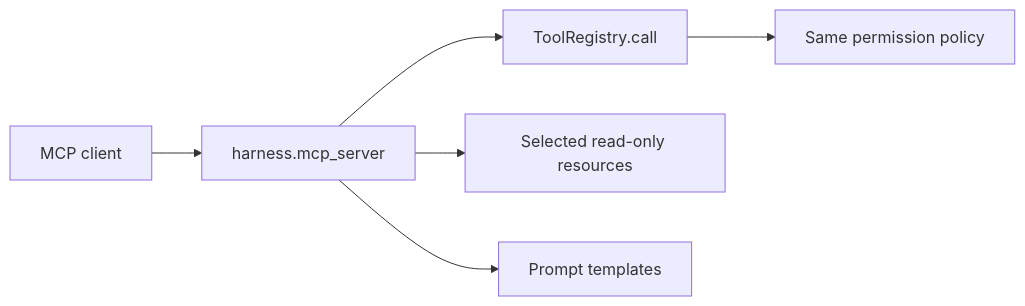
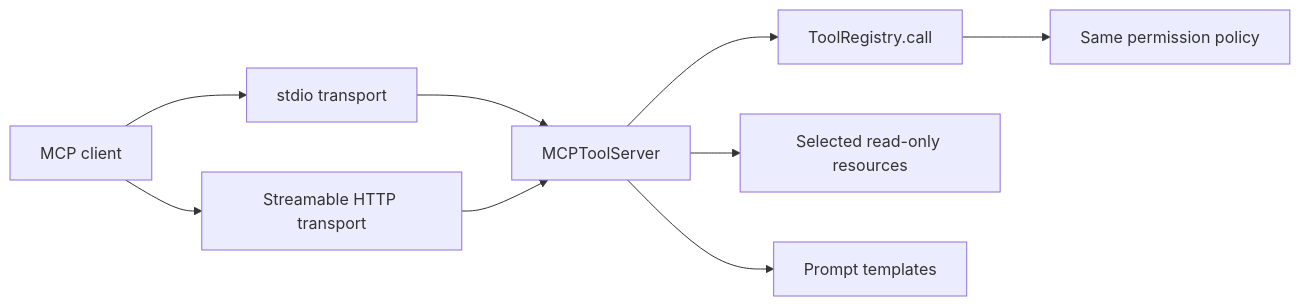
The fifth of 5 diagrams in docs/ARCHITECTURE.md (Userss1234/mini-coding-agent-harness), drawn with Mermaid before and after one commit. The commit also changed other lines of this file and 16 other files, not shown here.

Commit message:
feat: add secure MCP Streamable HTTP transport

````diff
--- a/docs/ARCHITECTURE.md
+++ b/docs/ARCHITECTURE.md
@@ -156,8 +161,11 @@
 ```mermaid
 flowchart LR
-    Client["MCP client"] --> Server["harness.mcp_server"]
+    Client["MCP client"] --> Stdio["stdio transport"]
+    Client --> HTTP["Streamable HTTP transport"]
+    Stdio --> Server["MCPToolServer"]
+    HTTP --> Server
     Server --> Registry["ToolRegistry.call"]
     Server --> Resources["Selected read-only resources"]
     Server --> Prompts["Prompt templates"]
     Registry --> Policy["Same permission policy"]
 ```
````
